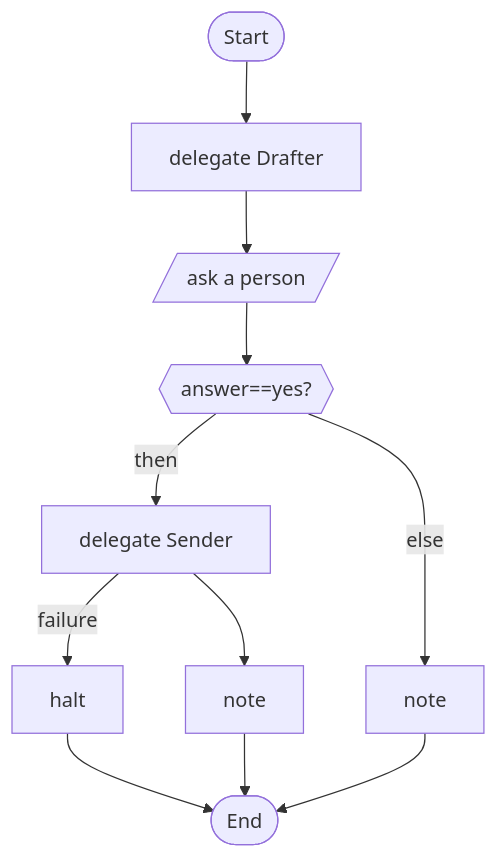
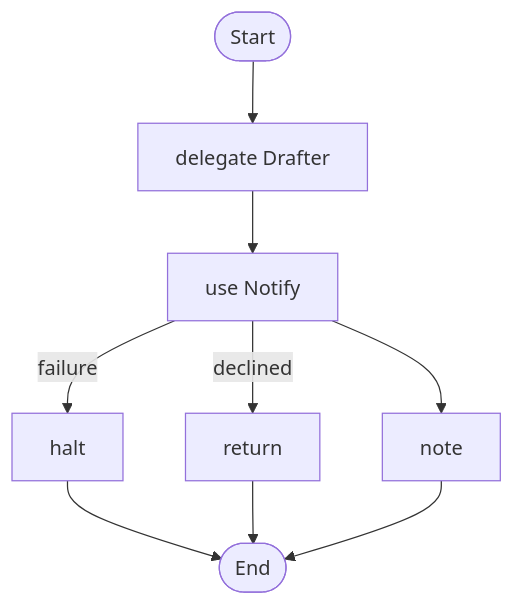
The diagram in src/loom/starters/07-approval/README.md (srijithunni7182/llm4j), drawn with Mermaid before and after one commit. The commit also changed other lines of this file and 43 other files, not shown here.

````diff
--- a/src/loom/starters/07-approval/README.md
+++ b/src/loom/starters/07-approval/README.md
@@ -59,22 +45,18 @@
 ```mermaid
 flowchart TD
   start(["Start"])
   n1["delegate Drafter"]
-  n2[/"ask a person"/]
-  n3{{"answer==yes?"}}
-  n4["delegate Sender"]
-  n5["note"]
-  n6["note"]
-  n7["halt"]
+  n2["use Notify"]
+  n3["note"]
+  n4["halt"]
+  n5["return"]
   end_(["End"])
   start --> n1
   n1 --> n2
   n2 --> n3
-  n3 -->|then| n4
-  n4 --> n5
-  n3 -->|else| n6
-  n4 -->|failure| n7
-  n7 --> end_
+  n2 -->|failure| n4
+  n4 --> end_
+  n2 -->|declined| n5
   n5 --> end_
-  n6 --> end_
+  n3 --> end_
 ```
````
